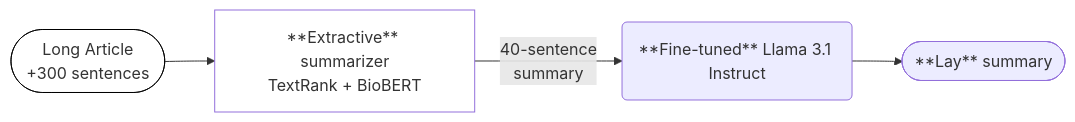
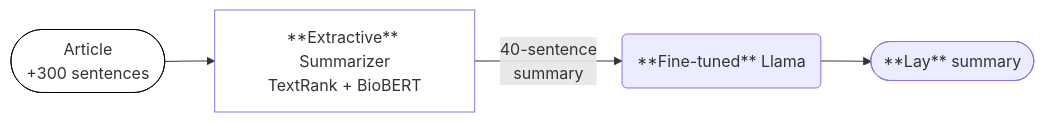
The second of 7 diagrams in reports/presentation/slides.md (whopriyamuw/biolaysumm2025-task), drawn with Mermaid before and after one commit. The commit also changed other lines of this file and 1 other file, not shown here.

````diff
--- a/reports/presentation/slides.md
+++ b/reports/presentation/slides.md
@@ -209,14 +259,14 @@
 ```mermaid {theme: 'default'}
 flowchart LR
-  input([Long Article<br/>+300 sentences])
-  extractive["**Extractive** summarizer<br/>TextRank + BioBERT"]
-  model("**Fine-tuned** Llama 3.1 Instruct")
+  input([Article<br/>+300 sentences])
+  extractive["**Extractive** Summarizer<br/>TextRank + BioBERT"]
+  model("**Fine-tuned** Llama")
   output([**Lay** summary])
 
   input --> extractive
   extractive -- "40-sentence<br/>summary" --> model
   model --> output
 
   style input fill:none,stroke:#000;
   style extractive fill:none;
 ```
````
